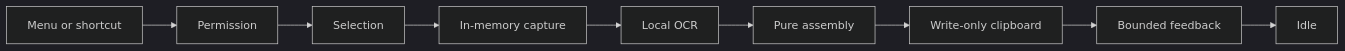
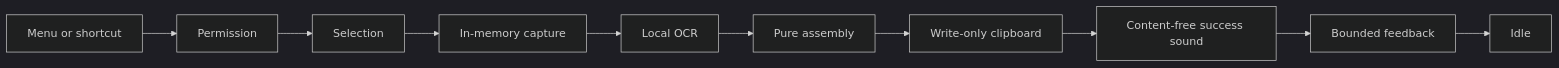
The diagram in docs/architecture/capture-workflow.md (bennetthilberg/copylasso), drawn with Mermaid (dark theme) before and after one commit. The commit also changed other lines of this file and 40 other files, not shown here.

Commit message:
add configurable success sound

````diff
--- a/docs/architecture/capture-workflow.md
+++ b/docs/architecture/capture-workflow.md
@@ -7,11 +7,12 @@
 ```mermaid
 flowchart LR
   Request["Menu or shortcut"] --> Permission["Permission"]
   Permission --> Selection["Selection"]
   Selection --> Capture["In-memory capture"]
   Capture --> OCR["Local OCR"]
   OCR --> Assembly["Pure assembly"]
   Assembly --> Clipboard["Write-only clipboard"]
-  Clipboard --> Feedback["Bounded feedback"]
+  Clipboard --> Sound["Content-free success sound"]
+  Sound --> Feedback["Bounded feedback"]
   Feedback --> Idle["Idle"]
 ```
````
